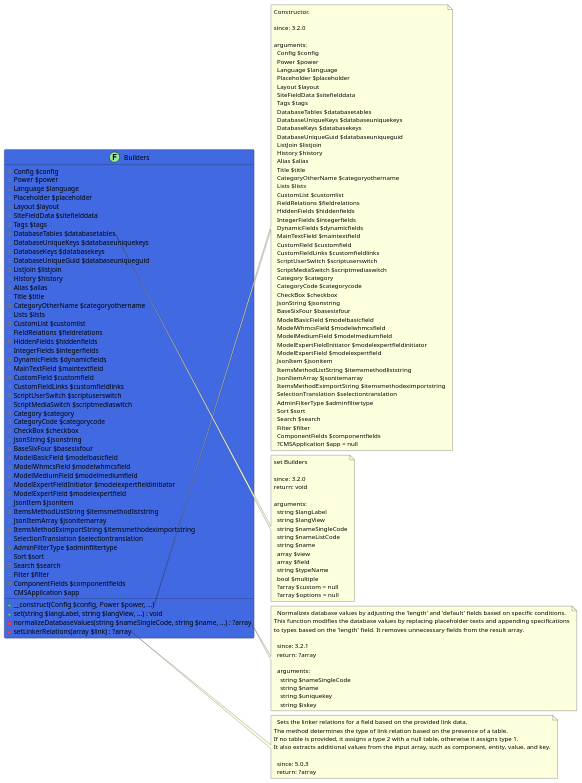
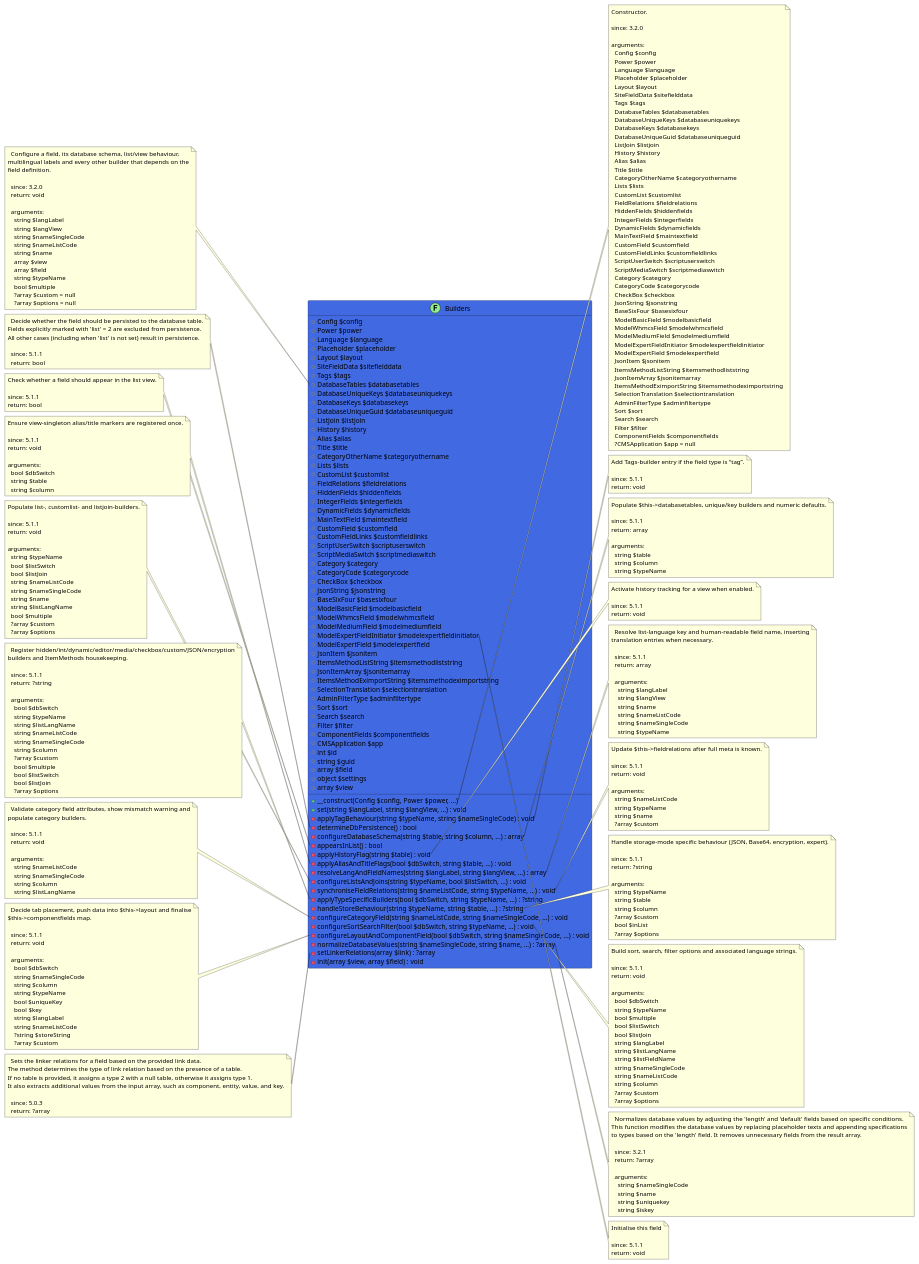
The diagram in src/55278140-80d5-4168-8241-d64515c4b35e/README.md (joomengine/jcb-compiler), drawn with PlantUML before and after one commit. The commit also changed 99 other files, not shown here.

````diff
--- a/src/55278140-80d5-4168-8241-d64515c4b35e/README.md
+++ b/src/55278140-80d5-4168-8241-d64515c4b35e/README.md
@@ -60,10 +60,30 @@
   # Filter $filter
   # ComponentFields $componentfields
   # CMSApplication $app
+  # int $id
+  # string $guid
+  # array $field
+  # object $settings
+  # array $view
   + __construct(Config $config, Power $power, ...)
   + set(string $langLabel, string $langView, ...) : void
+  - applyTagBehaviour(string $typeName, string $nameSingleCode) : void
+  - determineDbPersistence() : bool
+  - configureDatabaseSchema(string $table, string $column, ...) : array
+  - appearsInList() : bool
+  - applyHistoryFlag(string $table) : void
+  - applyAliasAndTitleFlags(bool $dbSwitch, string $table, ...) : void
+  - resolveLangAndFieldNames(string $langLabel, string $langView, ...) : array
+  - configureListsAndJoins(string $typeName, bool $listSwitch, ...) : void
+  - synchroniseFieldRelations(string $nameListCode, string $typeName, ...) : void
+  - applyTypeSpecificBuilders(bool $dbSwitch, string $typeName, ...) : ?string
+  - handleStoreBehaviour(string $typeName, string $table, ...) : ?string
+  - configureCategoryField(string $nameListCode, string $nameSingleCode, ...) : void
+  - configureSortSearchFilter(bool $dbSwitch, string $typeName, ...) : void
+  - configureLayoutAndComponentField(bool $dbSwitch, string $nameSingleCode, ...) : void
   - normalizeDatabaseValues(string $nameSingleCode, string $name, ...) : ?array
   - setLinkerRelations(array $link) : ?array
+  - init(array $view, array $field) : void
 }
 
 note right of Builders::__construct
@@ -122,8 +142,10 @@
     ?CMSApplication $app = null
 end note
 
-note right of Builders::set
-  set Builders
+note left of Builders::set
+  Configure a field, its database schema, list/view behaviour,
+multilingual labels and every other builder that depends on the
+field definition.
 
   since: 3.2.0
   return: void
@@ -142,6 +164,200 @@
     ?array $options = null
 end note
 
+note right of Builders::applyTagBehaviour
+  Add Tags-builder entry if the field type is “tag”.
+
+  since: 5.1.1
+  return: void
+end note
+
+note left of Builders::determineDbPersistence
+  Decide whether the field should be persisted to the database table.
+Fields explicitly marked with 'list' = 2 are excluded from persistence.
+All other cases (including when 'list' is not set) result in persistence.
+
+  since: 5.1.1
+  return: bool
+end note
+
+note right of Builders::configureDatabaseSchema
+  Populate $this->databasetables, unique/key builders and numeric defaults.
+
+  since: 5.1.1
+  return: array
+  
+  arguments:
+    string $table
+    string $column
+    string $typeName
+end note
+
+note left of Builders::appearsInList
+  Check whether a field should appear in the list view.
+
+  since: 5.1.1
+  return: bool
+end note
+
+note right of Builders::applyHistoryFlag
+  Activate history tracking for a view when enabled.
+
+  since: 5.1.1
+  return: void
+end note
+
+note left of Builders::applyAliasAndTitleFlags
+  Ensure view-singleton alias/title markers are registered once.
+
+  since: 5.1.1
+  return: void
+  
+  arguments:
+    bool $dbSwitch
+    string $table
+    string $column
+end note
+
+note right of Builders::resolveLangAndFieldNames
+  Resolve list-language key and human-readable field name, inserting
+translation entries when necessary.
+
+  since: 5.1.1
+  return: array
+  
+  arguments:
+    string $langLabel
+    string $langView
+    string $name
+    string $nameListCode
+    string $nameSingleCode
+    string $typeName
+end note
+
+note left of Builders::configureListsAndJoins
+  Populate list-, customlist- and listjoin-builders.
+
+  since: 5.1.1
+  return: void
+  
+  arguments:
+    string $typeName
+    bool $listSwitch
+    bool $listJoin
+    string $nameListCode
+    string $nameSingleCode
+    string $name
+    string $listLangName
+    bool $multiple
+    ?array $custom
+    ?array $options
+end note
+
+note right of Builders::synchroniseFieldRelations
+  Update $this->fieldrelations after full meta is known.
+
+  since: 5.1.1
+  return: void
+  
+  arguments:
+    string $nameListCode
+    string $typeName
+    string $name
+    ?array $custom
+end note
+
+note left of Builders::applyTypeSpecificBuilders
+  Register hidden/int/dynamic/editor/media/checkbox/custom/JSON/encryption
+builders and ItemMethods housekeeping.
+
+  since: 5.1.1
+  return: ?string
+  
+  arguments:
+    bool $dbSwitch
+    string $typeName
+    string $listLangName
+    string $nameListCode
+    string $nameSingleCode
+    string $column
+    ?array $custom
+    bool $multiple
+    bool $listSwitch
+    bool $listJoin
+    ?array $options
+end note
+
+note right of Builders::handleStoreBehaviour
+  Handle storage-mode specific behaviour (JSON, Base64, encryption, expert).
+
+  since: 5.1.1
+  return: ?string
+  
+  arguments:
+    string $typeName
+    string $table
+    string $column
+    ?array $custom
+    bool $inList
+    ?array $options
+end note
+
+note left of Builders::configureCategoryField
+  Validate category field attributes, show mismatch warning and
+populate category builders.
+
+  since: 5.1.1
+  return: void
+  
+  arguments:
+    string $nameListCode
+    string $nameSingleCode
+    string $column
+    string $listLangName
+end note
+
+note right of Builders::configureSortSearchFilter
+  Build sort, search, filter options and associated language strings.
+
+  since: 5.1.1
+  return: void
+  
+  arguments:
+    bool $dbSwitch
+    string $typeName
+    bool $multiple
+    bool $listSwitch
+    bool $listJoin
+    string $langLabel
+    string $listLangName
+    string $listFieldName
+    string $nameSingleCode
+    string $nameListCode
+    string $column
+    ?array $custom
+    ?array $options
+end note
+
+note left of Builders::configureLayoutAndComponentField
+  Decide tab placement, push data into $this->layout and finalise
+$this->componentfields map.
+
+  since: 5.1.1
+  return: void
+  
+  arguments:
+    bool $dbSwitch
+    string $nameSingleCode
+    string $column
+    string $typeName
+    bool $uniqueKey
+    bool $key
+    string $langLabel
+    string $nameListCode
+    ?string $storeString
+    ?array $custom
+end note
+
 note right of Builders::normalizeDatabaseValues
   Normalizes database values by adjusting the 'length' and 'default' fields based on specific conditions.
 This function modifies the database values by replacing placeholder texts and appending specifications
@@ -157,7 +373,7 @@
     string $iskey
 end note
 
-note right of Builders::setLinkerRelations
+note left of Builders::setLinkerRelations
   Sets the linker relations for a field based on the provided link data.
 The method determines the type of link relation based on the presence of a table.
 If no table is provided, it assigns a type 2 with a null table, otherwise it assigns type 1.
@@ -166,6 +382,13 @@
   since: 5.0.3
   return: ?array
 end note
+
+note right of Builders::init
+  Initialise this field
+
+  since: 5.1.1
+  return: void
+end note
  
 @enduml
 ```
````
